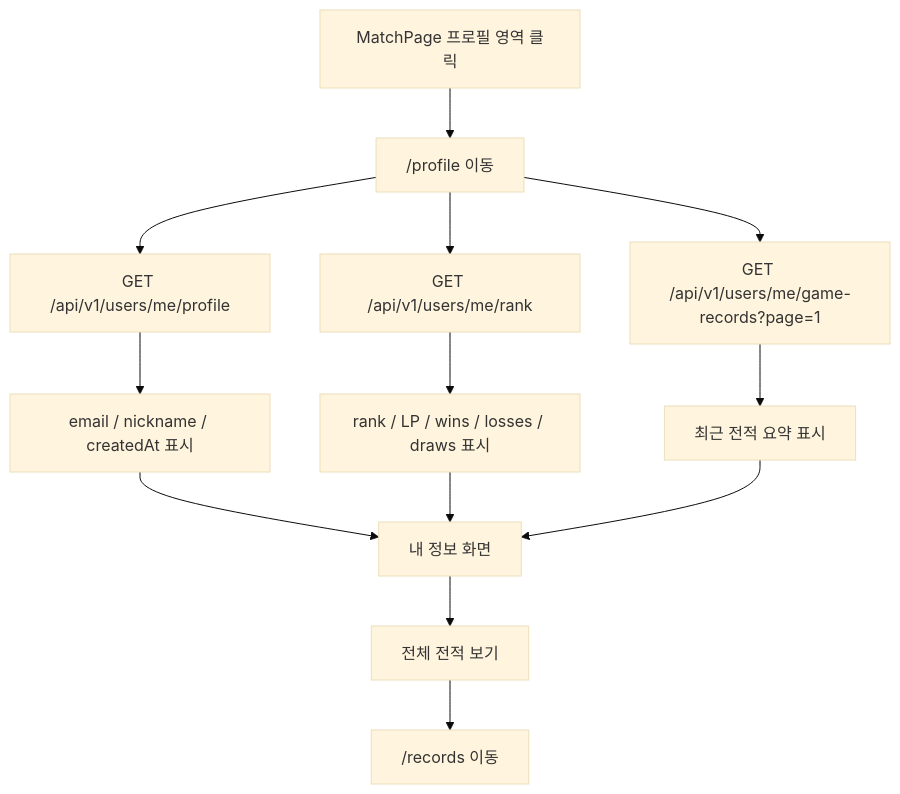
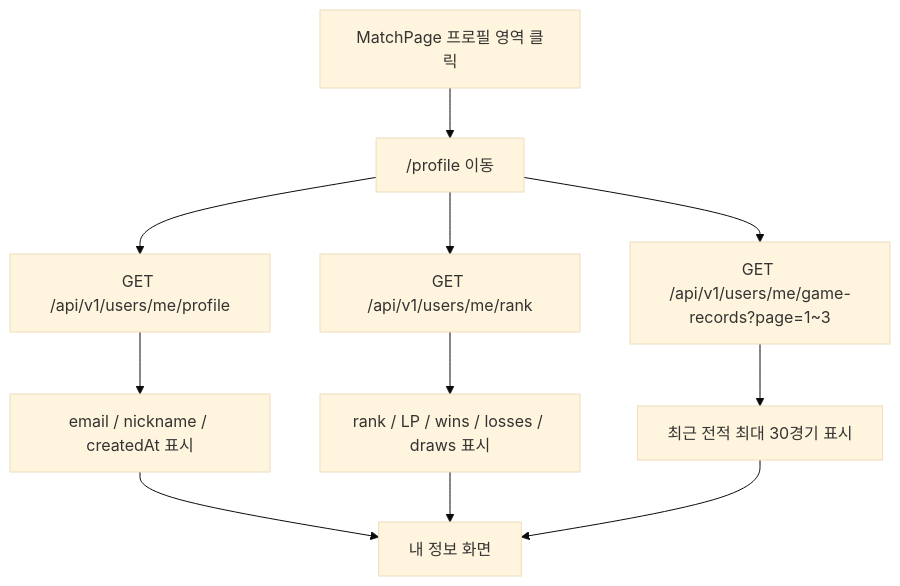
The first of 2 diagrams in docs/antigravity/frontend/issue-118-my-profile-page.md (moonwhistle/League-of-Star), drawn with Mermaid (base theme) before and after one commit. The commit also changed other lines of this file and 5 other files, not shown here.

````diff
--- a/docs/antigravity/frontend/issue-118-my-profile-page.md
+++ b/docs/antigravity/frontend/issue-118-my-profile-page.md
@@ -9,15 +9,13 @@
 ```mermaid
 flowchart TD
     A["MatchPage 프로필 영역 클릭"] --> B["/profile 이동"]
     B --> C["GET /api/v1/users/me/profile"]
     B --> D["GET /api/v1/users/me/rank"]
-    B --> E["GET /api/v1/users/me/game-records?page=1"]
+    B --> E["GET /api/v1/users/me/game-records?page=1~3"]
     C --> F["email / nickname / createdAt 표시"]
     D --> G["rank / LP / wins / losses / draws 표시"]
-    E --> H["최근 전적 요약 표시"]
+    E --> H["최근 전적 최대 30경기 표시"]
     F --> I["내 정보 화면"]
     G --> I
     H --> I
-    I --> J["전체 전적 보기"]
-    J --> K["/records 이동"]
 ```
````
